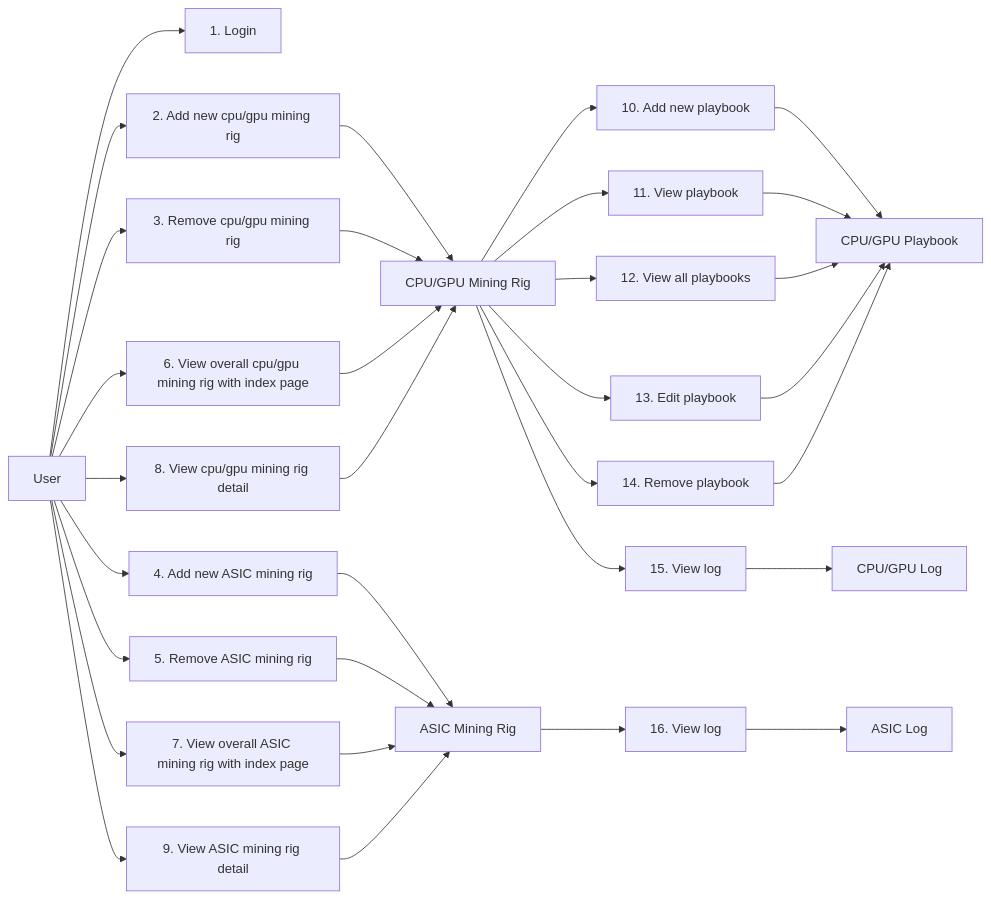
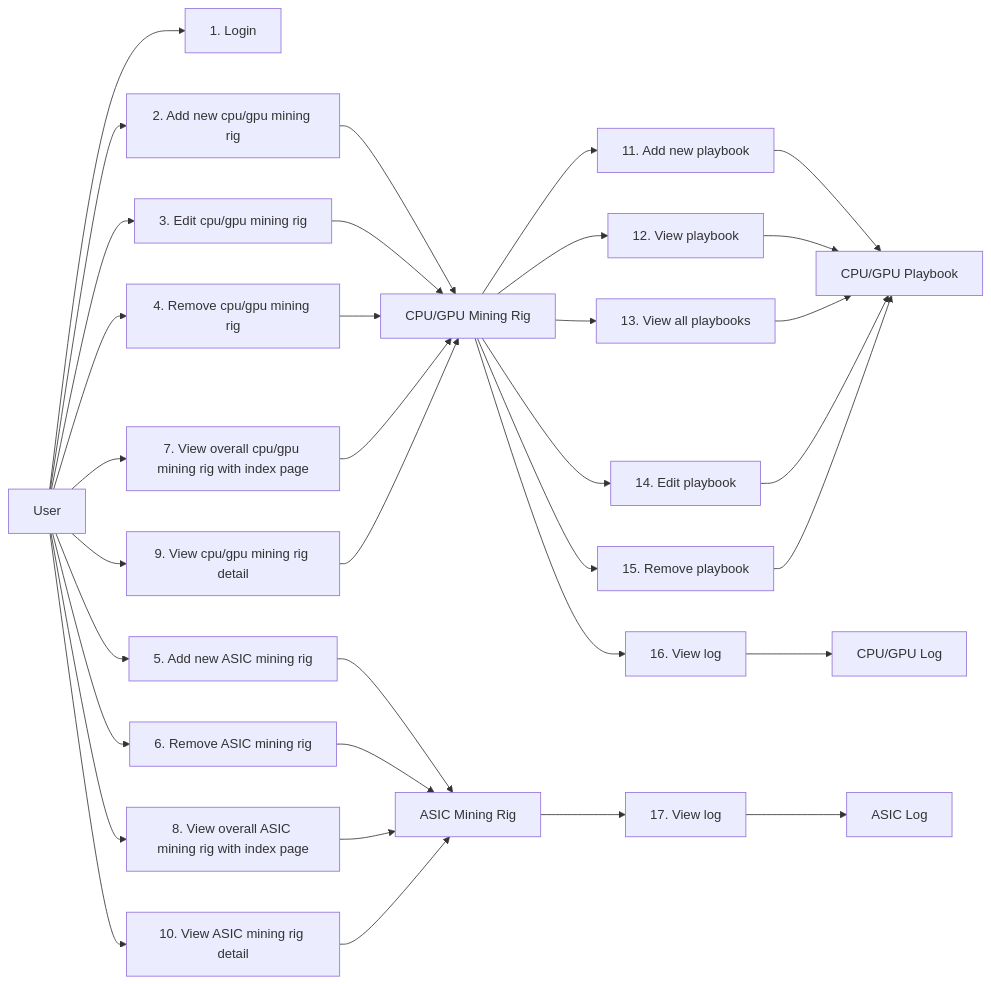
One commit to nguyenvinhlinh/Mining-Rig-Monitor-Document changed the second of 14 diagrams in docs/index.md. Above: the diagram before and after it, drawn with Mermaid. The commit also changed other lines of this file and 2 other files, not shown here.

Commit message:
add Feature 3: Edit CPU/GPU mining rig

````diff
--- a/docs/index.md
+++ b/docs/index.md
@@ -65,57 +65,60 @@
 ```mermaid
 flowchart LR
     User
     cpu-gpu-mining-rig[CPU/GPU Mining Rig]
     asic-mining-rig[ASIC Mining Rig]
     cpu-gpu-playbook[CPU/GPU Playbook]
     cpu-gpu-log[CPU/GPU Log]
     asic-log[ASIC Log]
 
     User --> f1[1. Login]
 
     User --> f2[2. Add new cpu/gpu mining rig]
     f2 --> cpu-gpu-mining-rig
 
-    User --> f3[3. Remove cpu/gpu mining rig]
+    User --> f3[3. Edit cpu/gpu mining rig]
     f3 --> cpu-gpu-mining-rig
 
-    User --> f4[4. Add new ASIC mining rig]
-    f4 --> asic-mining-rig
+    User --> f4[4. Remove cpu/gpu mining rig]
+    f4 --> cpu-gpu-mining-rig
 
-    User --> f5[5. Remove ASIC mining rig]
+    User --> f5[5. Add new ASIC mining rig]
     f5 --> asic-mining-rig
 
-    User --> f6[6. View overall cpu/gpu mining rig with index page]
-    f6 --> cpu-gpu-mining-rig
+    User --> f6[6. Remove ASIC mining rig]
+    f6 --> asic-mining-rig
 
-    User --> f7[7. View overall ASIC mining rig with index page]
-    f7 --> asic-mining-rig
+    User --> f7[7. View overall cpu/gpu mining rig with index page]
+    f7 --> cpu-gpu-mining-rig
 
-    User --> f8[8. View cpu/gpu mining rig detail]
-    f8 --> cpu-gpu-mining-rig
+    User --> f8[8. View overall ASIC mining rig with index page]
+    f8 --> asic-mining-rig
 
-    User --> f9[9. View ASIC mining rig detail]
-    f9 --> asic-mining-rig
+    User --> f9[9. View cpu/gpu mining rig detail]
+    f9 --> cpu-gpu-mining-rig
+
+    User --> f10[10. View ASIC mining rig detail]
+    f10 --> asic-mining-rig
 
 
-    cpu-gpu-mining-rig --> f10[10. Add new playbook]
-    f10 --> cpu-gpu-playbook
-
-    cpu-gpu-mining-rig --> f11[11. View  playbook]
+    cpu-gpu-mining-rig --> f11[11. Add new playbook]
     f11 --> cpu-gpu-playbook
 
-    cpu-gpu-mining-rig --> f12[12. View  all playbooks]
+    cpu-gpu-mining-rig --> f12[12. View  playbook]
     f12 --> cpu-gpu-playbook
 
-    cpu-gpu-mining-rig --> f13[13. Edit playbook]
+    cpu-gpu-mining-rig --> f13[13. View  all playbooks]
     f13 --> cpu-gpu-playbook
 
-    cpu-gpu-mining-rig --> f14[14. Remove playbook]
+    cpu-gpu-mining-rig --> f14[14. Edit playbook]
     f14 --> cpu-gpu-playbook
 
-    cpu-gpu-mining-rig --> f15[15. View log]
-    f15 --> cpu-gpu-log
+    cpu-gpu-mining-rig --> f15[15. Remove playbook]
+    f15 --> cpu-gpu-playbook
 
-    asic-mining-rig --> f16[16. View log]
-    f16 --> asic-log
+    cpu-gpu-mining-rig --> f16[16. View log]
+    f16 --> cpu-gpu-log
+
+    asic-mining-rig --> f17[17. View log]
+    f17 --> asic-log
 ```
````
